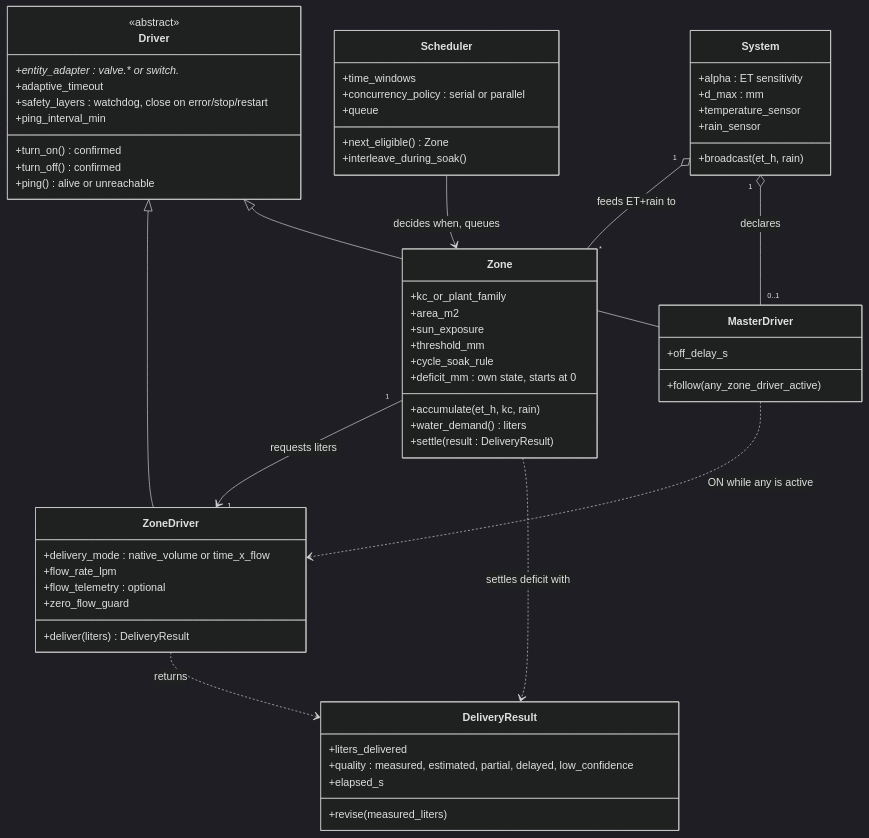
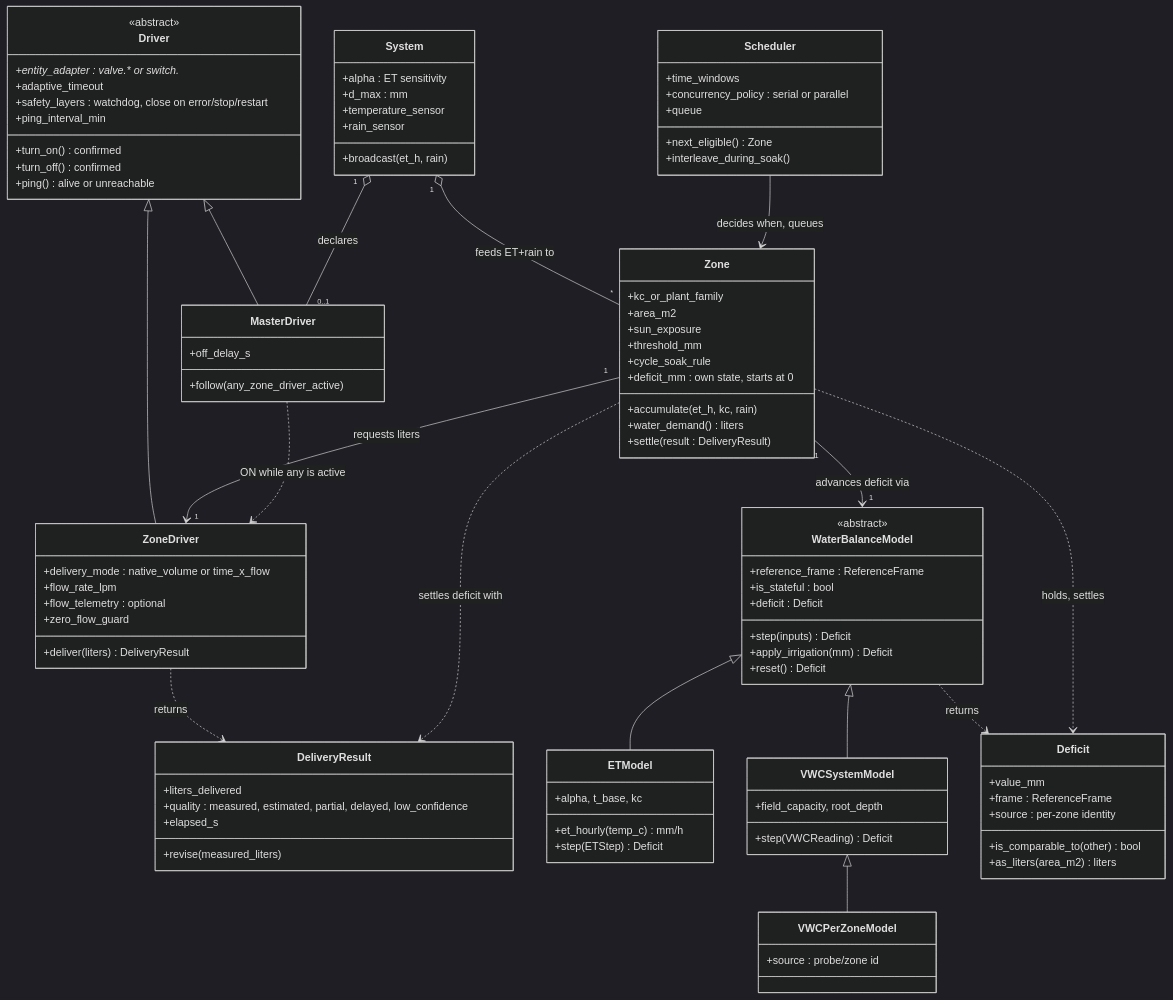
Before and after one commit to MetheLittle/NeverDry: the diagram in docs/design_domain_object_model.md, drawn with Mermaid (dark theme). The commit also changed other lines of this file and 2 other files, not shown here.

First line of the commit message:
feat(water-balance): add pure WaterBalanceModel + Deficit scaffold and model the abstraction

```diff
--- a/docs/design_domain_object_model.md
+++ b/docs/design_domain_object_model.md
@@ -112,10 +148,49 @@
         +revise(measured_liters)
     }
 
+    class WaterBalanceModel {
+        <<abstract>>
+        +reference_frame : ReferenceFrame
+        +is_stateful : bool
+        +deficit : Deficit
+        +step(inputs) Deficit
+        +apply_irrigation(mm) Deficit
+        +reset() Deficit
+    }
+
+    class ETModel {
+        +alpha, t_base, kc
+        +et_hourly(temp_c) mm/h
+        +step(ETStep) Deficit
+    }
+
+    class VWCSystemModel {
+        +field_capacity, root_depth
+        +step(VWCReading) Deficit
+    }
+
+    class VWCPerZoneModel {
+        +source : probe/zone id
+    }
+
+    class Deficit {
+        +value_mm
+        +frame : ReferenceFrame
+        +source : per-zone identity
+        +is_comparable_to(other) bool
+        +as_liters(area_m2) liters
+    }
+
     Driver <|-- ZoneDriver
     Driver <|-- MasterDriver
+    WaterBalanceModel <|-- ETModel
+    WaterBalanceModel <|-- VWCSystemModel
+    VWCSystemModel <|-- VWCPerZoneModel
     System "1" o-- "*" Zone : feeds ET+rain to
     System "1" o-- "0..1" MasterDriver : declares
+    Zone "1" --> "1" WaterBalanceModel : advances deficit via
+    WaterBalanceModel ..> Deficit : returns
+    Zone ..> Deficit : holds, settles
     Zone "1" --> "1" ZoneDriver : requests liters
     ZoneDriver ..> DeliveryResult : returns
     Zone ..> DeliveryResult : settles deficit with
```
